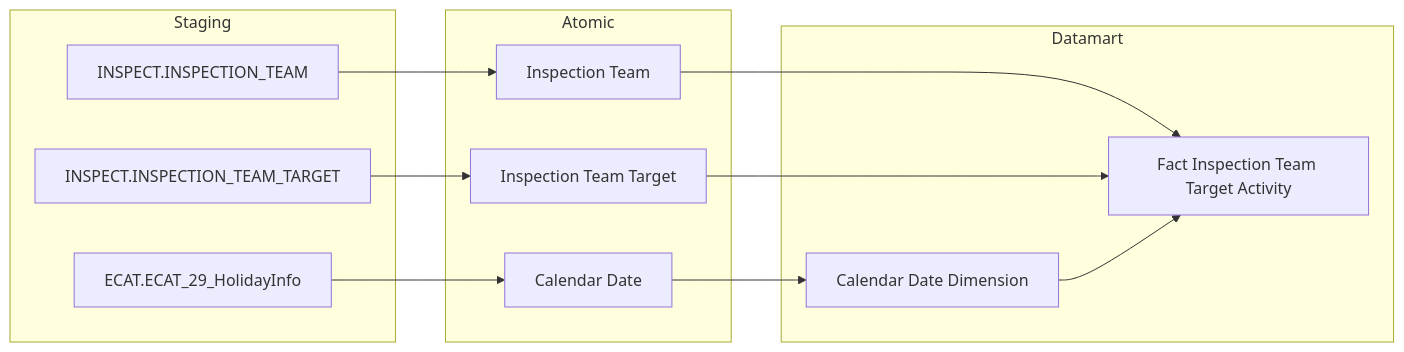
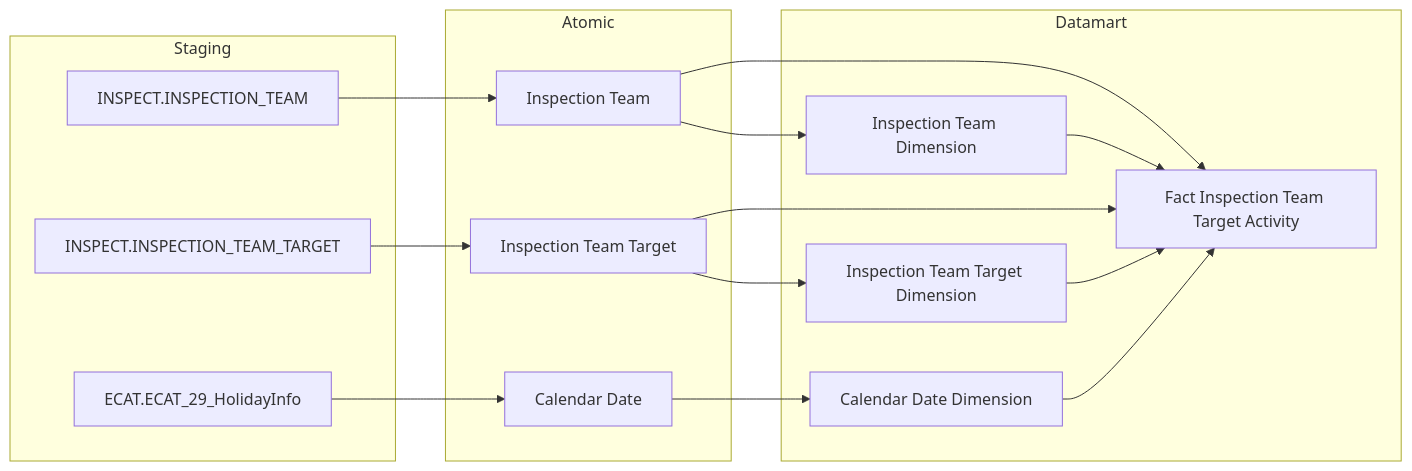
Before and after one commit to linhlvit/ubck_atomic_design: the third of 50 diagrams in Datamart/hld/DTM_TT_HLD.md, drawn with Mermaid. The commit also changed other lines of this file and 26 other files, not shown here.

````diff
--- a/Datamart/hld/DTM_TT_HLD.md
+++ b/Datamart/hld/DTM_TT_HLD.md
@@ -99,29 +92,35 @@
 ```mermaid
 flowchart LR
     subgraph SRC["Staging"]
         S1["INSPECT.INSPECTION_TEAM"]
         S2["INSPECT.INSPECTION_TEAM_TARGET"]
         ECAT_HolidayInfo["ECAT.ECAT_29_HolidayInfo"]
     end
 
     subgraph SIL["Atomic"]
         SV1["Inspection Team"]
         SV2["Inspection Team Target"]
         Calendar_Date["Calendar Date"]
     end
 
     subgraph GOLD["Datamart"]
         G1["Fact Inspection Team Target Activity"]
         G2["Calendar Date Dimension"]
+        G3["Inspection Team Target Dimension"]
+        G4["Inspection Team Dimension"]
     end
 
     S1 --> SV1
     S2 --> SV2
     ECAT_HolidayInfo --> Calendar_Date
 
     SV1 --> G1
+    SV1 --> G4
     SV2 --> G1
+    SV2 --> G3
 
     Calendar_Date --> G2
     G2 --> G1
+    G3 --> G1
+    G4 --> G1
 ```
````
